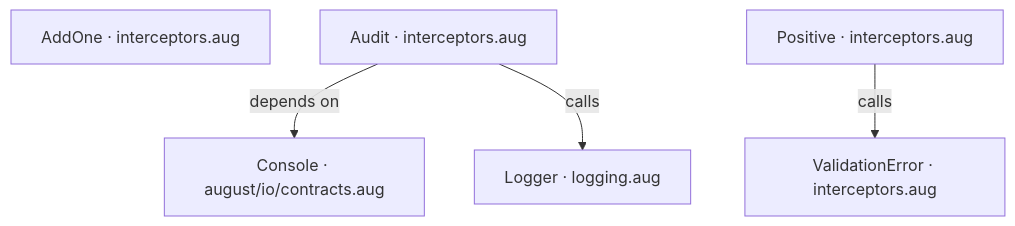
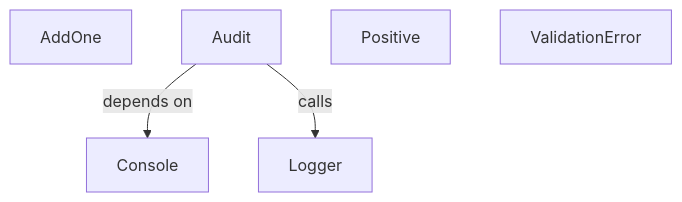
One commit to GreenPandaStudios/augscript changed the first of 5 diagrams in docs/examples/interceptors/interceptors-diagrams.md. Above: the diagram before and after it, drawn with Mermaid. The commit also changed other lines of this file and 524 other files, not shown here.

Commit message:
Explain checked data flow at folder and service levels

````diff
--- a/docs/examples/interceptors/interceptors-diagrams.md
+++ b/docs/examples/interceptors/interceptors-diagrams.md
@@ -19,12 +19,11 @@
 ```mermaid
 flowchart TD
-    n0["Console · august/io/contracts.aug"]
-    n1["AddOne · interceptors.aug"]
-    n2["Audit · interceptors.aug"]
-    n3["Positive · interceptors.aug"]
-    n4["ValidationError · interceptors.aug"]
-    n5["Logger · logging.aug"]
+    n0["Console"]
+    n1["AddOne"]
+    n2["Audit"]
+    n3["Positive"]
+    n4["ValidationError"]
+    n5["Logger"]
     n2 -->|"depends on"| n0
     n2 -->|"calls"| n5
-    n3 -->|"calls"| n4
 ```
````
